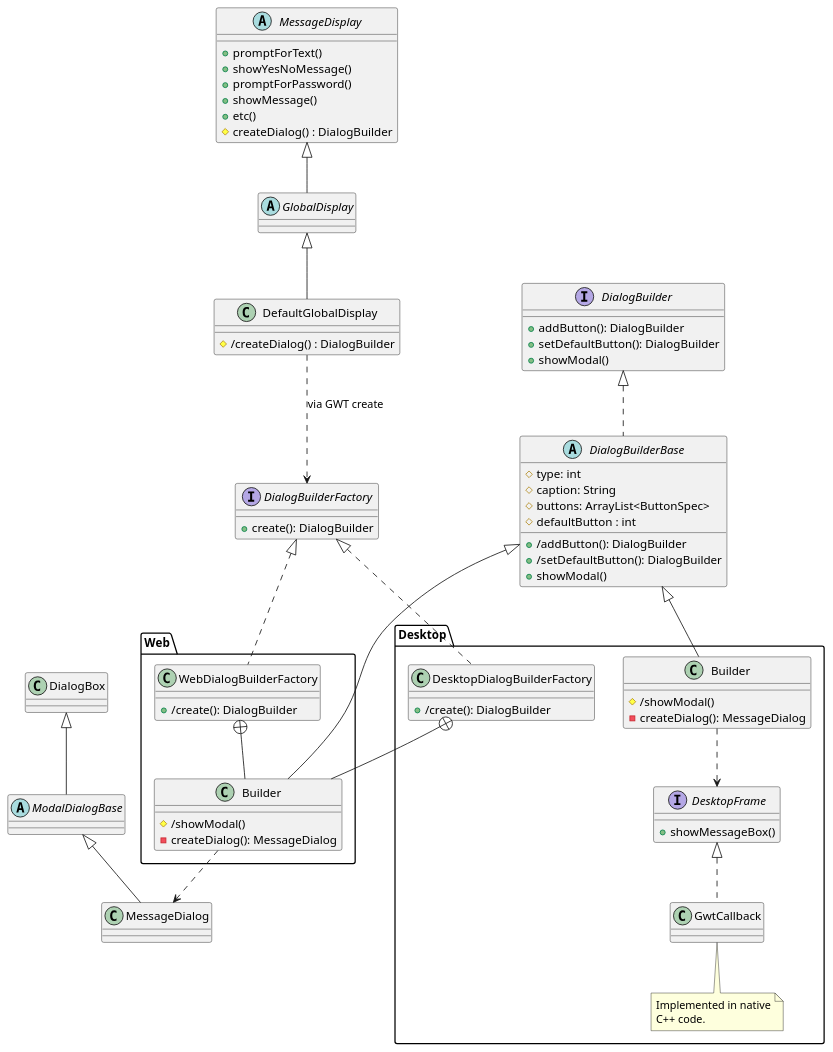
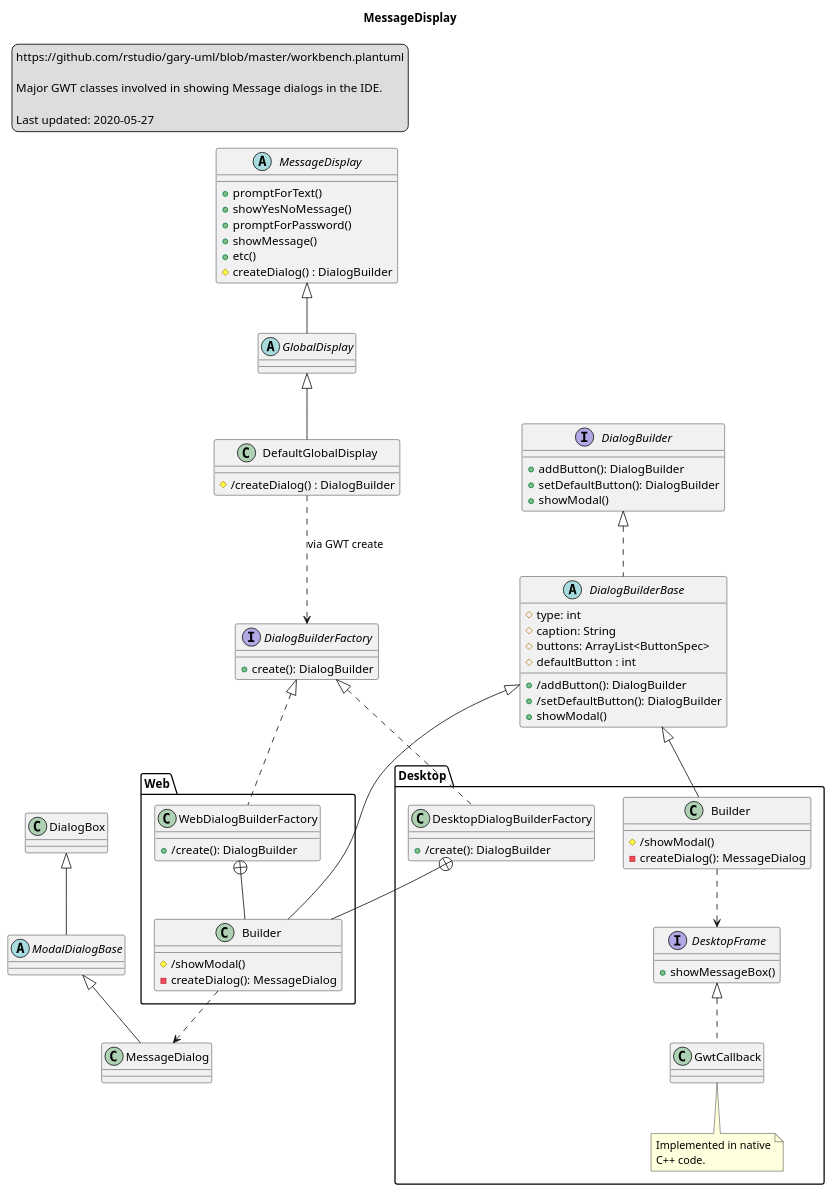
Before and after one commit to isabella232/gary-uml: the diagram in MessageDisplay.puml, drawn with PlantUML. The commit also changed 2 other files, not shown here.

Commit message:
add legend for MessageDisplay class diagram

```diff
--- a/MessageDisplay.puml
+++ b/MessageDisplay.puml
@@ -1,76 +1,85 @@
 @startuml
+title MessageDisplay
+
+legend top left
+https://github.com/rstudio/gary-uml/blob/master/workbench.plantuml
+
+Major GWT classes involved in showing Message dialogs in the IDE.
+
+Last updated: 2020-05-27
+endlegend
 
 abstract class ModalDialogBase extends DialogBox
 class MessageDialog extends ModalDialogBase
 
 interface DialogBuilder {
     + addButton(): DialogBuilder
     + setDefaultButton(): DialogBuilder
     + showModal()
 }
 
 abstract class DialogBuilderBase implements DialogBuilder {
     + /addButton(): DialogBuilder
     + /setDefaultButton(): DialogBuilder
     + showModal()
     # type: int
     # caption: String
     # buttons: ArrayList<ButtonSpec>
     # defaultButton : int
 }
 
 interface DialogBuilderFactory {
     + create(): DialogBuilder
 }
 
 namespace Web {
     class WebDialogBuilderFactory implements .DialogBuilderFactory {
         +/create(): DialogBuilder
     }
     WebDialogBuilderFactory +-- Builder
 
     class Builder extends .DialogBuilderBase {
         # /showModal()
         - createDialog(): MessageDialog
     }
 
     Builder ..> .MessageDialog
 }
 
 namespace Desktop {
     interface DesktopFrame {
         + showMessageBox()
     }
 
     class DesktopDialogBuilderFactory implements .DialogBuilderFactory {
         +/create(): DialogBuilder
     }
     DesktopDialogBuilderFactory +-- Builder
 
     class Builder extends .DialogBuilderBase {
         # /showModal()
         - createDialog(): MessageDialog
     }
     Builder ..> DesktopFrame
 
     class GwtCallback implements DesktopFrame
     note bottom of GwtCallback : Implemented in native\nC++ code.
 }
 
 abstract class MessageDisplay {
     +promptForText()
     +showYesNoMessage()
     +promptForPassword()
     +showMessage()
     +etc()
     #createDialog() : DialogBuilder
 }
 
 abstract class GlobalDisplay extends MessageDisplay
 
 class DefaultGlobalDisplay extends GlobalDisplay {
    #/createDialog() : DialogBuilder
 }
 DefaultGlobalDisplay ..> DialogBuilderFactory : via GWT create
 
 @enduml
```
